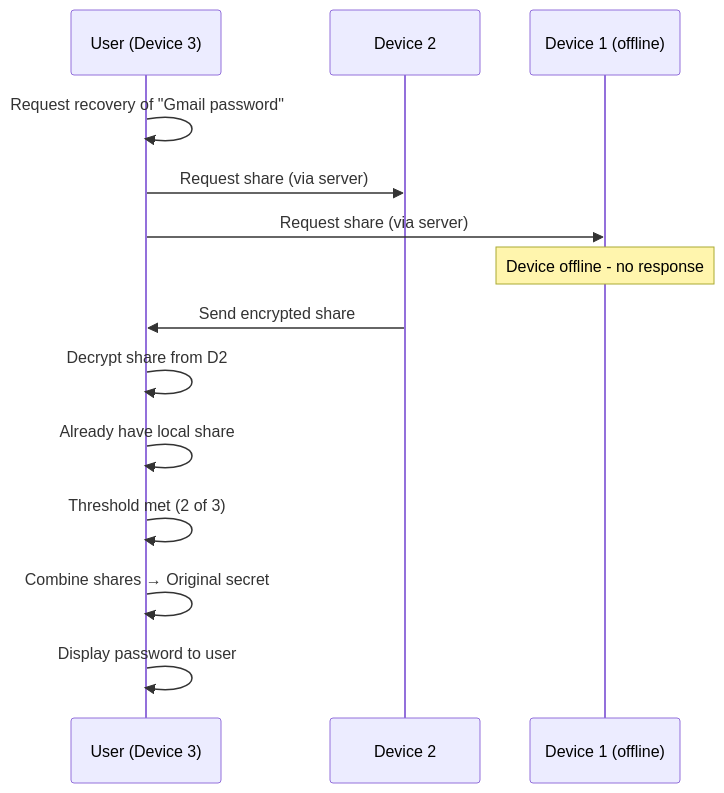
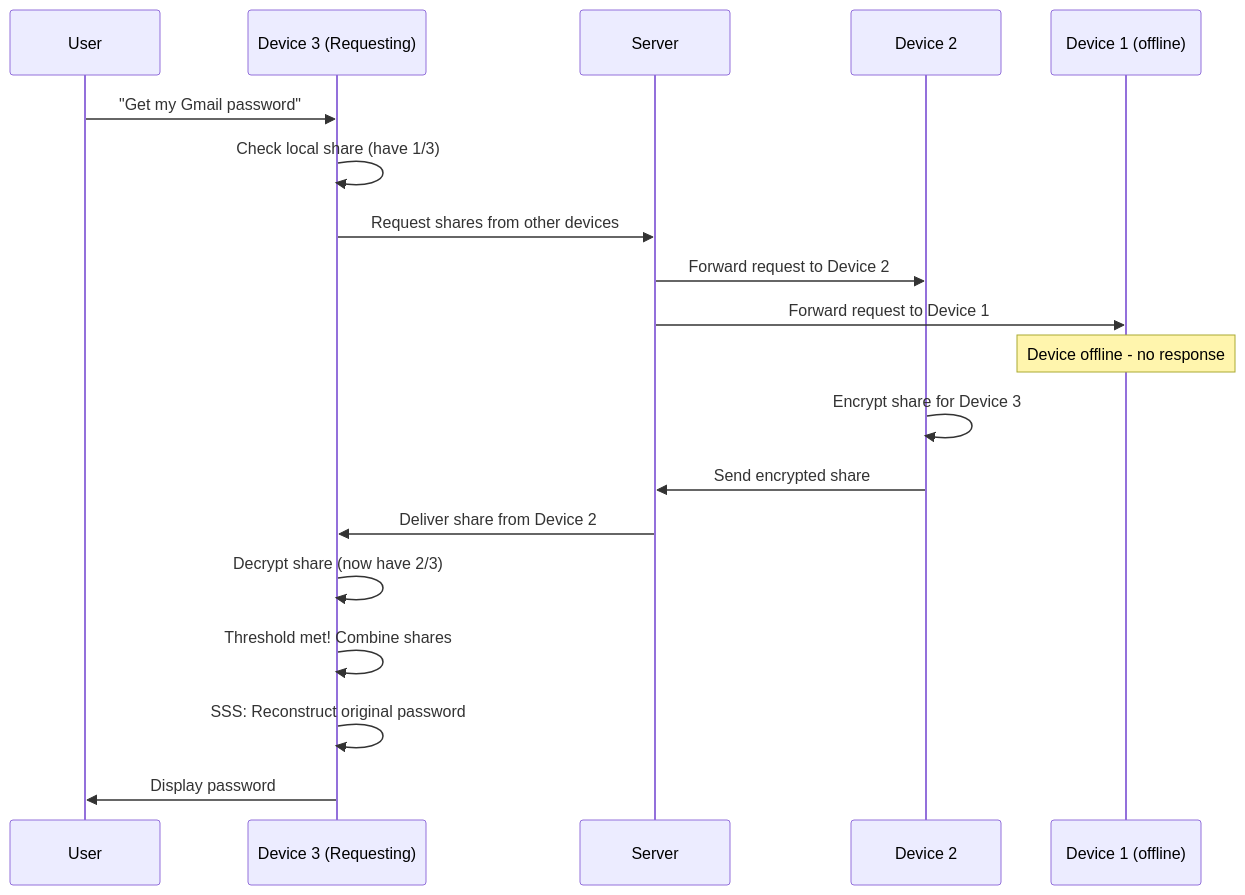
The sixth of 7 diagrams in docs/meta-secret-technical-presentation.md (meta-secret/meta-secret-core), drawn with Mermaid before and after one commit. The commit also changed other lines of this file, not shown here.

````diff
--- a/docs/meta-secret-technical-presentation.md
+++ b/docs/meta-secret-technical-presentation.md
@@ -303,19 +468,26 @@
 ```mermaid
 sequenceDiagram
-    participant U as User (Device 3)
+    participant User
+    participant D3 as Device 3 (Requesting)
+    participant S as Server
     participant D2 as Device 2
     participant D1 as Device 1 (offline)
 
-    U->>U: Request recovery of "Gmail password"
-    U->>D2: Request share (via server)
-    U->>D1: Request share (via server)
+    User->>D3: "Get my Gmail password"
+    D3->>D3: Check local share (have 1/3)
+    
+    D3->>S: Request shares from other devices
+    S->>D2: Forward request to Device 2
+    S->>D1: Forward request to Device 1
     
     Note over D1: Device offline - no response
     
-    D2->>U: Send encrypted share
-    U->>U: Decrypt share from D2
-    U->>U: Already have local share
-    U->>U: Threshold met (2 of 3)
-    U->>U: Combine shares → Original secret
-    U->>U: Display password to user
+    D2->>D2: Encrypt share for Device 3
+    D2->>S: Send encrypted share
+    S->>D3: Deliver share from Device 2
+    
+    D3->>D3: Decrypt share (now have 2/3)
+    D3->>D3: Threshold met! Combine shares
+    D3->>D3: SSS: Reconstruct original password
+    D3->>User: Display password
 ```
````
